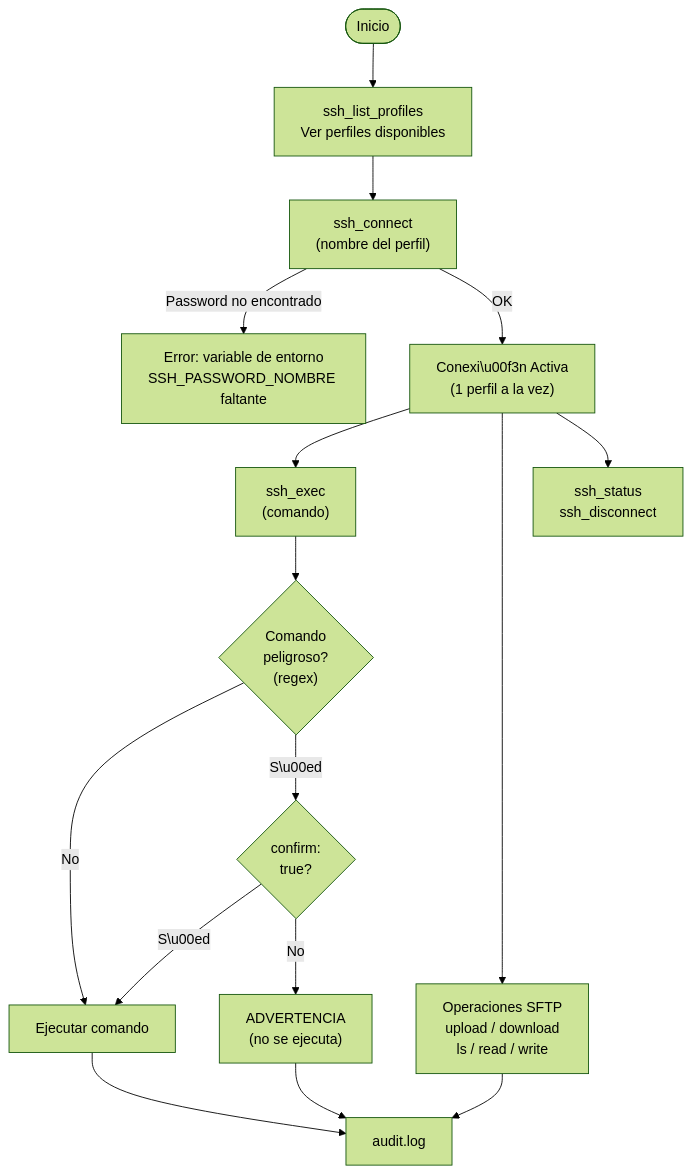
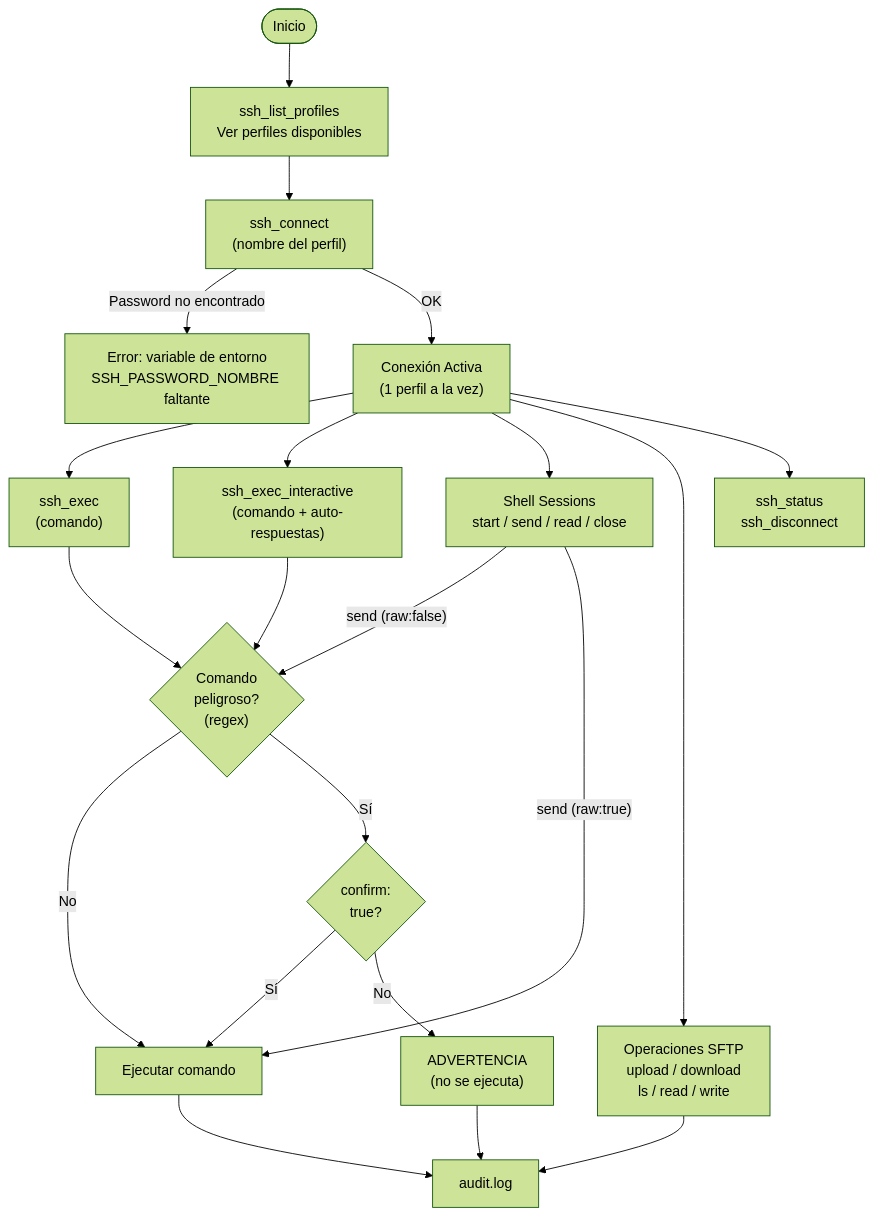
The second of 3 diagrams in README.es.md (d3v1an/ssh-mcp), drawn with Mermaid (forest theme) before and after one commit. The commit also changed other lines of this file and 5 other files, not shown here.

````diff
--- a/README.es.md
+++ b/README.es.md
@@ -44,21 +48,27 @@
 ```mermaid
 flowchart TD
     Start([Inicio]) --> ListProfiles["ssh_list_profiles<br/>Ver perfiles disponibles"]
     ListProfiles --> Connect["ssh_connect<br/>(nombre del perfil)"]
     Connect -->|Password no encontrado| Error["Error: variable de entorno<br/>SSH_PASSWORD_NOMBRE faltante"]
-    Connect -->|OK| Active["Conexi\u00f3n Activa<br/>(1 perfil a la vez)"]
+    Connect -->|OK| Active["Conexión Activa<br/>(1 perfil a la vez)"]
 
     Active --> ExecBranch["ssh_exec<br/>(comando)"]
+    Active --> InteractiveBranch["ssh_exec_interactive<br/>(comando + auto-respuestas)"]
+    Active --> ShellBranch["Shell Sessions<br/>start / send / read / close"]
     Active --> SFTPBranch["Operaciones SFTP<br/>upload / download<br/>ls / read / write"]
     Active --> StatusBranch["ssh_status<br/>ssh_disconnect"]
 
     ExecBranch --> DangerCheck{"Comando<br/>peligroso?<br/>(regex)"}
+    InteractiveBranch --> DangerCheck
     DangerCheck -->|No| Execute["Ejecutar comando"]
-    DangerCheck -->|S\u00ed| ConfirmCheck{"confirm:<br/>true?"}
-    ConfirmCheck -->|S\u00ed| Execute
+    DangerCheck -->|Sí| ConfirmCheck{"confirm:<br/>true?"}
+    ConfirmCheck -->|Sí| Execute
     ConfirmCheck -->|No| Warning["ADVERTENCIA<br/>(no se ejecuta)"]
+
+    ShellBranch -->|"send (raw:false)"| DangerCheck
+    ShellBranch -->|"send (raw:true)"| Execute
 
     Execute --> Audit["audit.log"]
     SFTPBranch --> Audit
     Warning --> Audit
 ```
````
